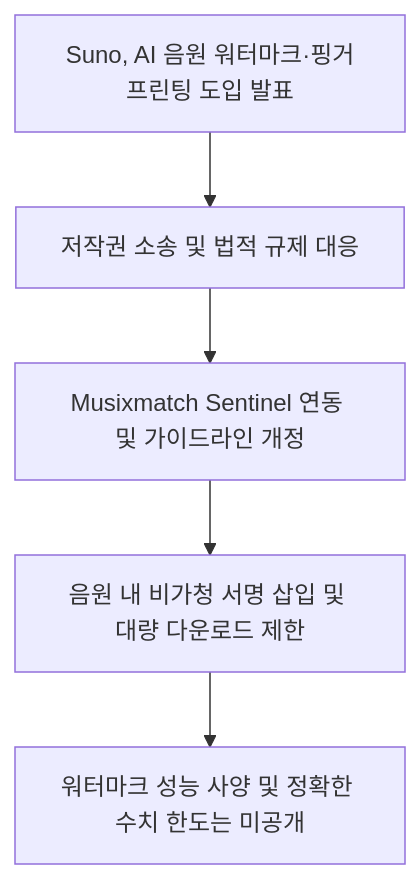
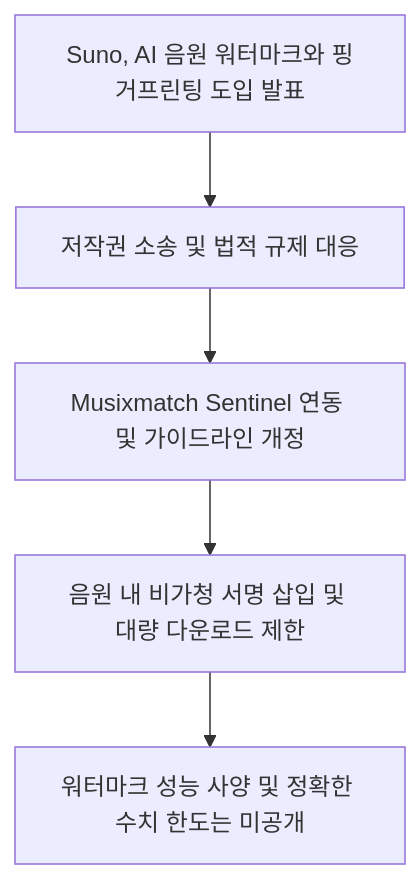
One commit to jjxxmiin/jjxxmiin.github.io changed the first of 3 diagrams in _posts/2026-08-09-suno-introduces-audio-watermarking-and-download-limits.md. Above: the diagram before and after it, drawn with Mermaid. The commit also changed other lines of this file and 624 other files, not shown here.

````diff
--- a/_posts/2026-08-09-suno-introduces-audio-watermarking-and-download-limits.md
+++ b/_posts/2026-08-09-suno-introduces-audio-watermarking-and-download-limits.md
@@ -56,7 +60,7 @@
 ```mermaid
 flowchart TD
-    A[Suno, AI 음원 워터마크·핑거프린팅 도입 발표] --> B[저작권 소송 및 법적 규제 대응]
+    A[Suno, AI 음원 워터마크와 핑거프린팅 도입 발표] --> B[저작권 소송 및 법적 규제 대응]
     B --> C[Musixmatch Sentinel 연동 및 가이드라인 개정]
     C --> D[음원 내 비가청 서명 삽입 및 대량 다운로드 제한]
     D --> E[워터마크 성능 사양 및 정확한 수치 한도는 미공개]
 ```
````
